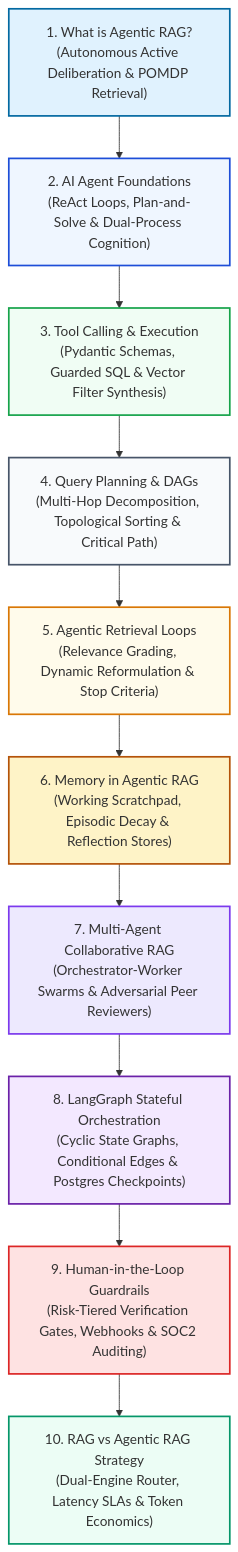
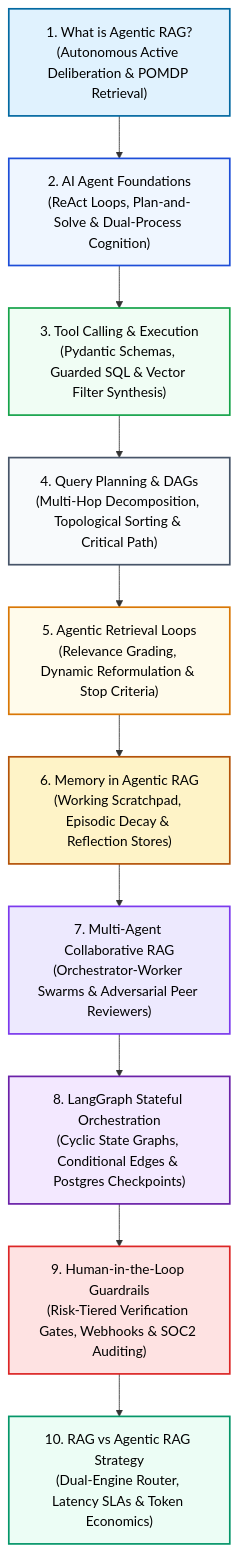
One commit to swapnil3104/RAG-Engineering changed the first of 2 diagrams in 07-Agentic-RAG/README.md. Above: the diagram before and after it, drawn with Mermaid. The commit also changed other lines of this file and 108 other files, not shown here.

Commit message:
fix: make chart text visible across all Mermaid diagrams and resolve markdown table formatting issues

````diff
--- a/07-Agentic-RAG/README.md
+++ b/07-Agentic-RAG/README.md
@@ -26,31 +26,31 @@
 ```mermaid
 flowchart TD
     M1["1. What is Agentic RAG?<br/>(Autonomous Active Deliberation & POMDP Retrieval)"] --> M2["2. AI Agent Foundations<br/>(ReAct Loops, Plan-and-Solve & Dual-Process Cognition)"]
     
     M2 --> M3["3. Tool Calling & Execution<br/>(Pydantic Schemas, Guarded SQL & Vector Filter Synthesis)"]
     
     M3 --> M4["4. Query Planning & DAGs<br/>(Multi-Hop Decomposition, Topological Sorting & Critical Path)"]
     
     M4 --> M5["5. Agentic Retrieval Loops<br/>(Relevance Grading, Dynamic Reformulation & Stop Criteria)"]
     
     M5 --> M6["6. Memory in Agentic RAG<br/>(Working Scratchpad, Episodic Decay & Reflection Stores)"]
     
     M6 --> M7["7. Multi-Agent Collaborative RAG<br/>(Orchestrator-Worker Swarms & Adversarial Peer Reviewers)"]
     
     M7 --> M8["8. LangGraph Stateful Orchestration<br/>(Cyclic State Graphs, Conditional Edges & Postgres Checkpoints)"]
     
     M8 --> M9["9. Human-in-the-Loop Guardrails<br/>(Risk-Tiered Verification Gates, Webhooks & SOC2 Auditing)"]
     
     M9 --> M10["10. RAG vs Agentic RAG Strategy<br/>(Dual-Engine Router, Latency SLAs & Token Economics)"]
 
-    style M1 fill:#e0f2fe,stroke:#0369a1,stroke-width:2px
-    style M2 fill:#eff6ff,stroke:#1d4ed8,stroke-width:2px
-    style M3 fill:#f0fdf4,stroke:#16a34a,stroke-width:2px
-    style M4 fill:#f8fafc,stroke:#475569,stroke-width:2px
-    style M5 fill:#fffbeb,stroke:#d97706,stroke-width:2px
-    style M6 fill:#fef3c7,stroke:#b45309,stroke-width:2px
-    style M7 fill:#ede9fe,stroke:#7c3aed,stroke-width:2px
-    style M8 fill:#f3e8ff,stroke:#6b21a8,stroke-width:2px
-    style M9 fill:#fee2e2,stroke:#dc2626,stroke-width:2px
-    style M10 fill:#ecfdf5,stroke:#059669,stroke-width:2px
+    style M1 fill:#e0f2fe,stroke:#0369a1,stroke-width:2px,color:#000000
+    style M2 fill:#eff6ff,stroke:#1d4ed8,stroke-width:2px,color:#000000
+    style M3 fill:#f0fdf4,stroke:#16a34a,stroke-width:2px,color:#000000
+    style M4 fill:#f8fafc,stroke:#475569,stroke-width:2px,color:#000000
+    style M5 fill:#fffbeb,stroke:#d97706,stroke-width:2px,color:#000000
+    style M6 fill:#fef3c7,stroke:#b45309,stroke-width:2px,color:#000000
+    style M7 fill:#ede9fe,stroke:#7c3aed,stroke-width:2px,color:#000000
+    style M8 fill:#f3e8ff,stroke:#6b21a8,stroke-width:2px,color:#000000
+    style M9 fill:#fee2e2,stroke:#dc2626,stroke-width:2px,color:#000000
+    style M10 fill:#ecfdf5,stroke:#059669,stroke-width:2px,color:#000000
 ```
````
